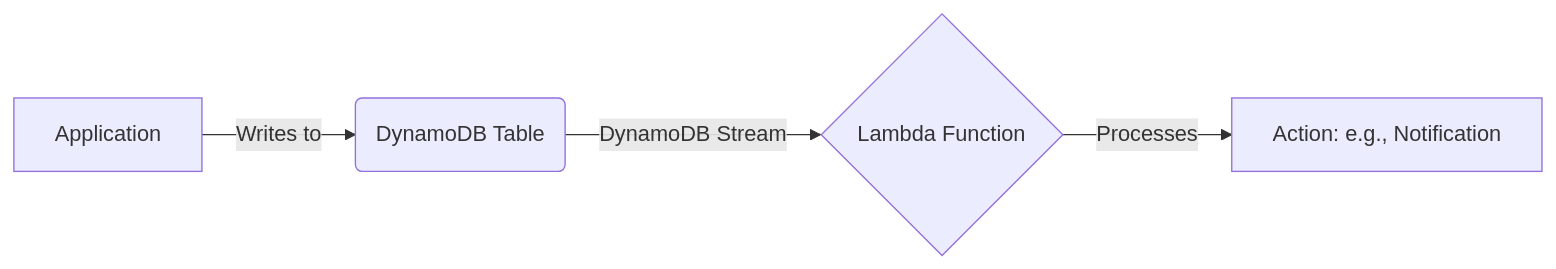
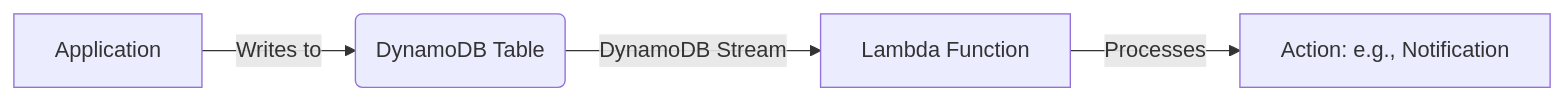
One commit to susmitpy/talks changed the tenth of 15 diagrams in aws_lambda.md. Above: the diagram before and after it, drawn with Mermaid. The commit also changed other lines of this file and 6 other files, not shown here.

````diff
--- a/aws_lambda.md
+++ b/aws_lambda.md
@@ -466,7 +457,6 @@
 ```mermaid
 graph LR
     A[Application] -- Writes to --> B(DynamoDB Table)
-    B -- DynamoDB Stream --> C{Lambda Function}
+    B -- DynamoDB Stream --> C[Lambda Function]
     C -- Processes --> D[Action: e.g., Notification]
-    class B,C fill:#f9f,stroke:#333,stroke-width:2px
 ```
````
